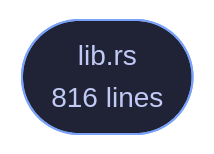
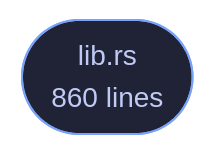
Before and after one commit to tilas01/veilvoice: the diagram in crates/veilvoice-gnupg/README.md, drawn with Mermaid. The commit also changed other lines of this file and 14 other files, not shown here.

````diff
--- a/crates/veilvoice-gnupg/README.md
+++ b/crates/veilvoice-gnupg/README.md
@@ -107,6 +107,6 @@
 ```mermaid
 %%{init: {"theme":"base","themeVariables":{"background":"#1a1b26","primaryColor":"#1f2335","primaryTextColor":"#c0caf5","primaryBorderColor":"#7aa2f7","secondaryColor":"#16161e","tertiaryColor":"#16161e","lineColor":"#737aa2","textColor":"#c0caf5","mainBkg":"#1f2335","nodeBorder":"#7aa2f7","clusterBkg":"#16161e","clusterBorder":"#2f3549","fontFamily":"ui-monospace, SFMono-Regular, Consolas, monospace","fontSize":"14px"}}}%%
 flowchart TD
-    n_lib(["lib.rs<br/>816 lines"])
+    n_lib(["lib.rs<br/>860 lines"])
     click n_lib href "https://github.com/tilas01/veilvoice/blob/main/crates/veilvoice-gnupg/src/lib.rs" "open the source"
 ```
````
